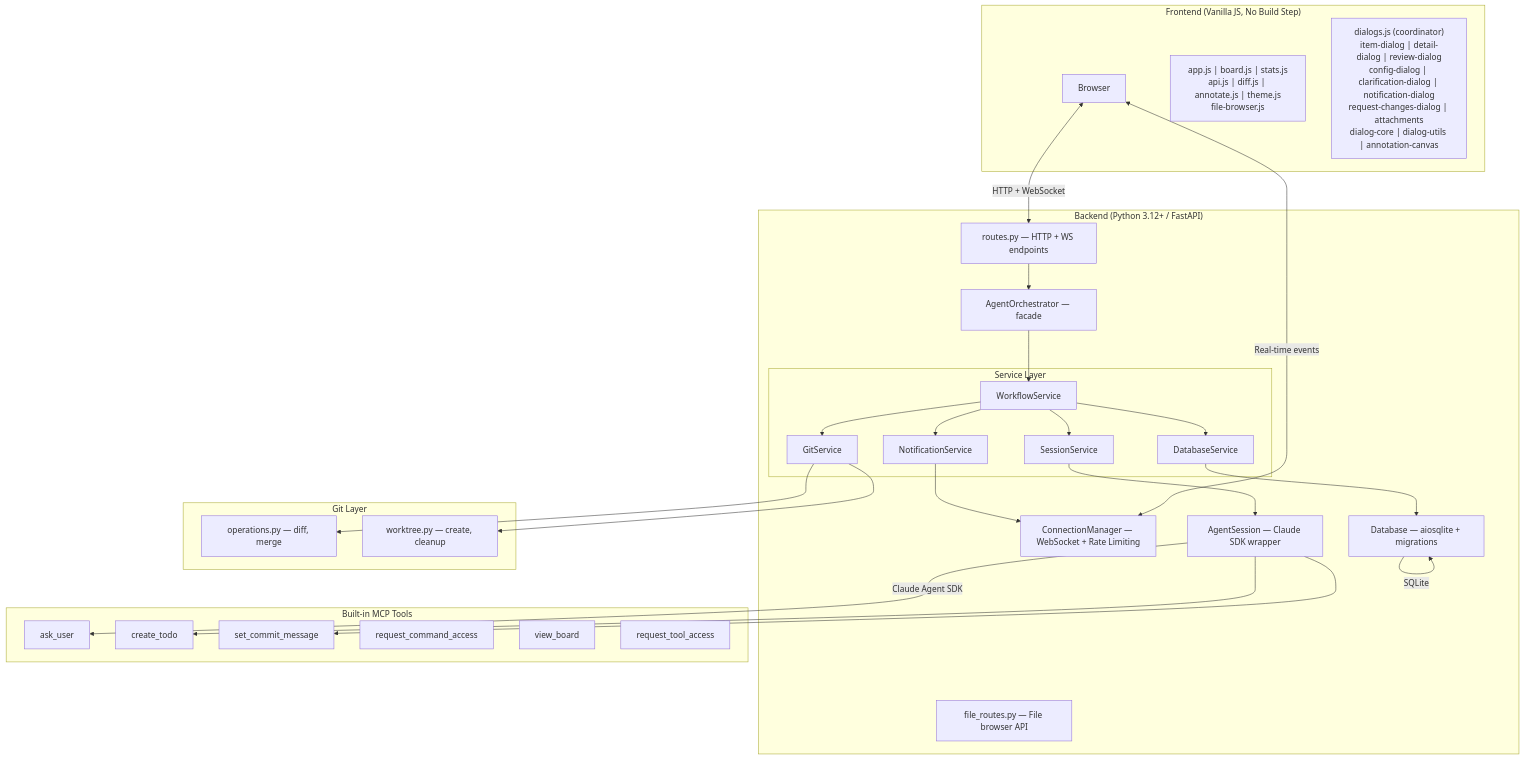
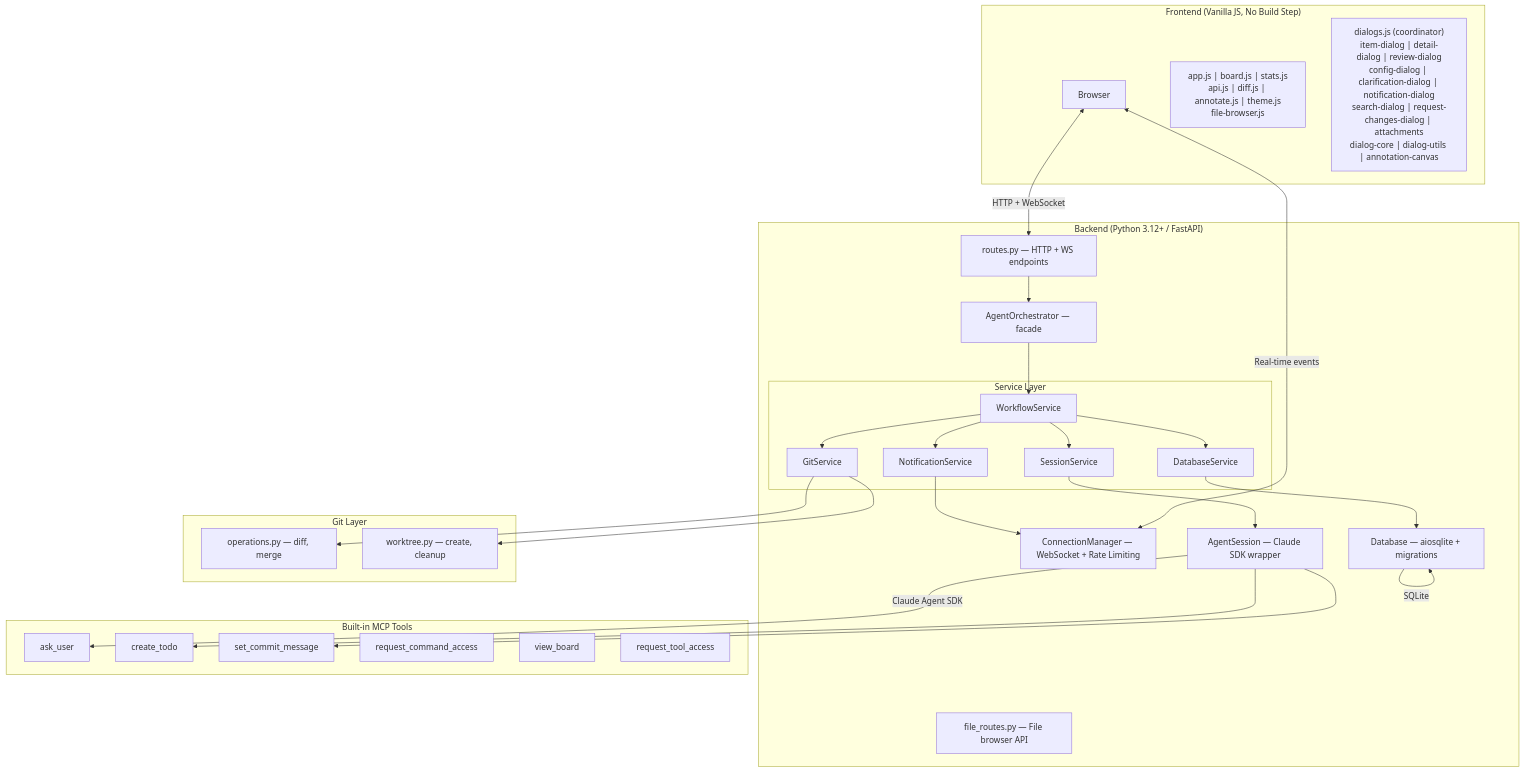
The second of 4 diagrams in README.md (epatel/claude-agents-dashboard), drawn with Mermaid before and after one commit. The commit also changed other lines of this file and 2 other files, not shown here.

Commit message:
Update all documentation for migration 008, search dialog, dirty repo detection, and archive cleanup

````diff
--- a/README.md
+++ b/README.md
@@ -114,56 +118,56 @@
 ```mermaid
 graph TB
     subgraph Frontend["Frontend (Vanilla JS, No Build Step)"]
         Browser["Browser"]
         JS["app.js | board.js | stats.js<br/>api.js | diff.js | annotate.js | theme.js<br/>file-browser.js"]
-        Dlg["dialogs.js (coordinator)<br/>item-dialog | detail-dialog | review-dialog<br/>config-dialog | clarification-dialog | notification-dialog<br/>request-changes-dialog | attachments<br/>dialog-core | dialog-utils | annotation-canvas"]
+        Dlg["dialogs.js (coordinator)<br/>item-dialog | detail-dialog | review-dialog<br/>config-dialog | clarification-dialog | notification-dialog<br/>search-dialog | request-changes-dialog | attachments<br/>dialog-core | dialog-utils | annotation-canvas"]
     end
 
     subgraph Backend["Backend (Python 3.12+ / FastAPI)"]
         Routes["routes.py — HTTP + WS endpoints"]
         FileRoutes["file_routes.py — File browser API"]
         WSMgr["ConnectionManager — WebSocket + Rate Limiting"]
         Orch["AgentOrchestrator — facade"]
         subgraph Svc["Service Layer"]
             WF["WorkflowService"]
             DBS["DatabaseService"]
             NS["NotificationService"]
             GS["GitService"]
             SS["SessionService"]
         end
         Sess["AgentSession — Claude SDK wrapper"]
         DB["Database — aiosqlite + migrations"]
     end
 
     subgraph MCP["Built-in MCP Tools"]
         Ask["ask_user"]
         TodoTool["create_todo"]
         CommitTool["set_commit_message"]
         CmdAccess["request_command_access"]
         BoardView["view_board"]
         ToolAccess["request_tool_access"]
     end
 
     subgraph GitLayer["Git Layer"]
         GitOps["operations.py — diff, merge"]
         WT["worktree.py — create, cleanup"]
     end
 
     Browser <-->|"HTTP + WebSocket"| Routes
     Routes --> Orch
     Orch --> WF
     WF --> DBS
     WF --> GS
     WF --> NS
     WF --> SS
     SS --> Sess
     DBS --> DB
     NS --> WSMgr
     WSMgr <-->|"Real-time events"| Browser
     Sess -->|"Claude Agent SDK"| Ask
     Sess --> TodoTool
     Sess --> CommitTool
     DB -->|SQLite| DB
     GS --> GitOps
     GS --> WT
 ```
````
